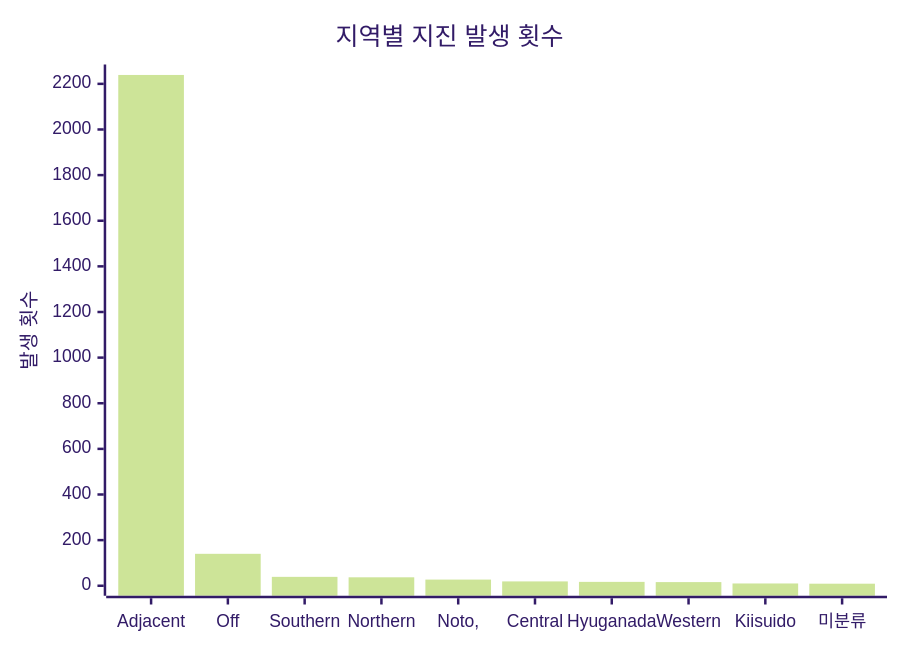
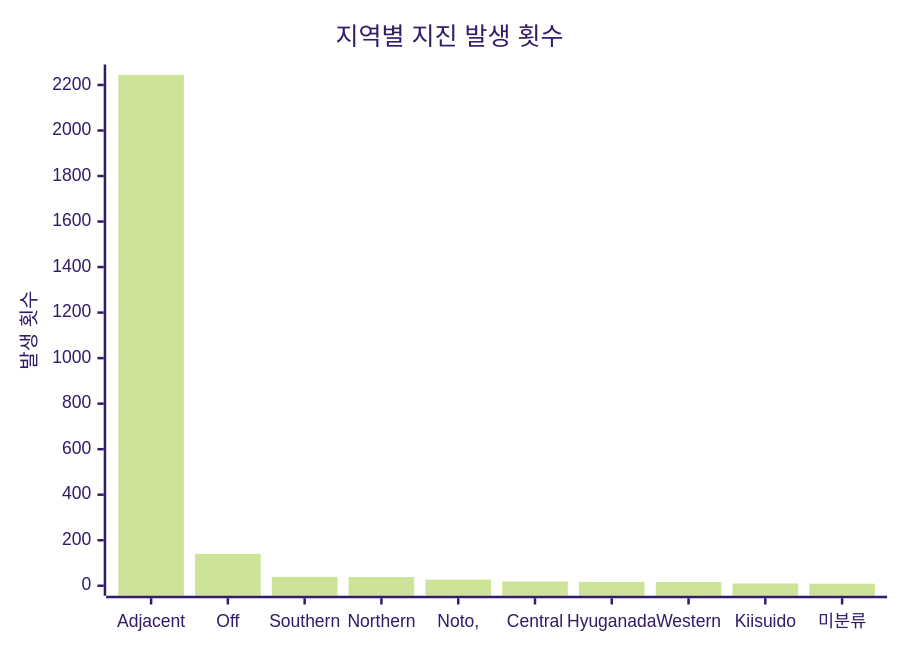
Before and after one commit to serendip811/japan-eq: the diagram in charts/region-chart.md, drawn with Mermaid (forest theme). The commit also changed other lines of this file and 5 other files, not shown here.

Commit message:
Update earthquake data and charts Fri Sep 19 00:15:33 UTC 2025

````diff
--- a/charts/region-chart.md
+++ b/charts/region-chart.md
@@ -3,7 +3,7 @@
 ```mermaid
 xychart-beta
     title "지역별 지진 발생 횟수"
     x-axis ["Adjacent", "Off", "Southern", "Northern", "Noto,", "Central", "Hyuganada", "Western", "Kiisuido", "미분류"]
-    y-axis "발생 횟수" 0 --> 2241
-    bar [2239, 140, 39, 37, 27, 19, 17, 16, 10, 9]
+    y-axis "발생 횟수" 0 --> 2246
+    bar [2244, 140, 39, 38, 27, 19, 17, 16, 10, 9]
 ```
````
